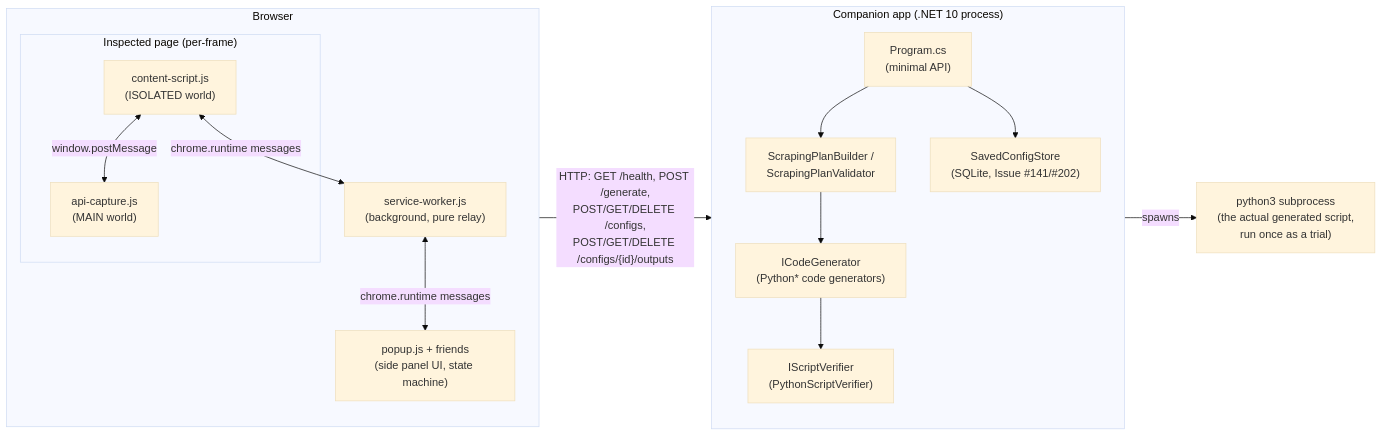
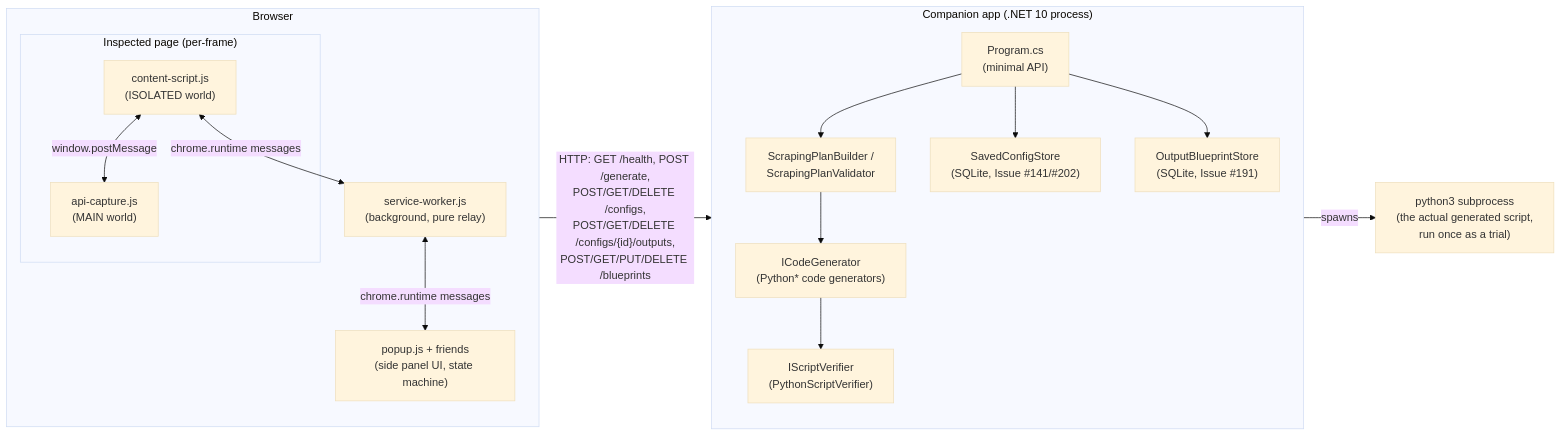
Before and after one commit to Aventinis/Scraping-Factory: the first of 7 diagrams in docs/ARCHITECTURE.md, drawn with Mermaid (base theme). The commit also changed other lines of this file and 1 other file, not shown here.

First line of the commit message:
docs(blueprints): document Output Blueprints across CLAUDE.md and ARCHITECTURE.md

````diff
--- a/docs/ARCHITECTURE.md
+++ b/docs/ARCHITECTURE.md
@@ -33,27 +33,29 @@
 ```mermaid
 flowchart LR
     subgraph Browser["Browser"]
         direction TB
         subgraph Page["Inspected page (per-frame)"]
             CS["content-script.js\n(ISOLATED world)"]
             AC["api-capture.js\n(MAIN world)"]
             CS <-- window.postMessage --> AC
         end
         SW["service-worker.js\n(background, pure relay)"]
         SP["popup.js + friends\n(side panel UI, state machine)"]
         CS <-- chrome.runtime messages --> SW
         SW <-- chrome.runtime messages --> SP
     end
-    SP -- "HTTP: GET /health, POST /generate,\nPOST/GET/DELETE /configs,\nPOST/GET/DELETE /configs/{id}/outputs" --> Companion
+    SP -- "HTTP: GET /health, POST /generate,\nPOST/GET/DELETE /configs,\nPOST/GET/DELETE /configs/{id}/outputs,\nPOST/GET/PUT/DELETE /blueprints" --> Companion
     subgraph Companion["Companion app (.NET 10 process)"]
         direction TB
         Program["Program.cs\n(minimal API)"]
         Plan["ScrapingPlanBuilder /\nScrapingPlanValidator"]
         Gen["ICodeGenerator\n(Python* code generators)"]
         Ver["IScriptVerifier\n(PythonScriptVerifier)"]
         Store["SavedConfigStore\n(SQLite, Issue #141/#202)"]
+        BpStore["OutputBlueprintStore\n(SQLite, Issue #191)"]
         Program --> Plan --> Gen --> Ver
         Program --> Store
+        Program --> BpStore
     end
     Ver -- "spawns" --> PySub["python3 subprocess\n(the actual generated script,\nrun once as a trial)"]
 ```
````
